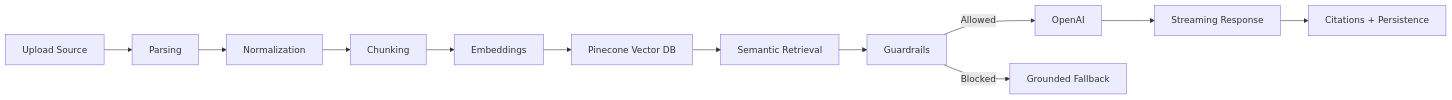
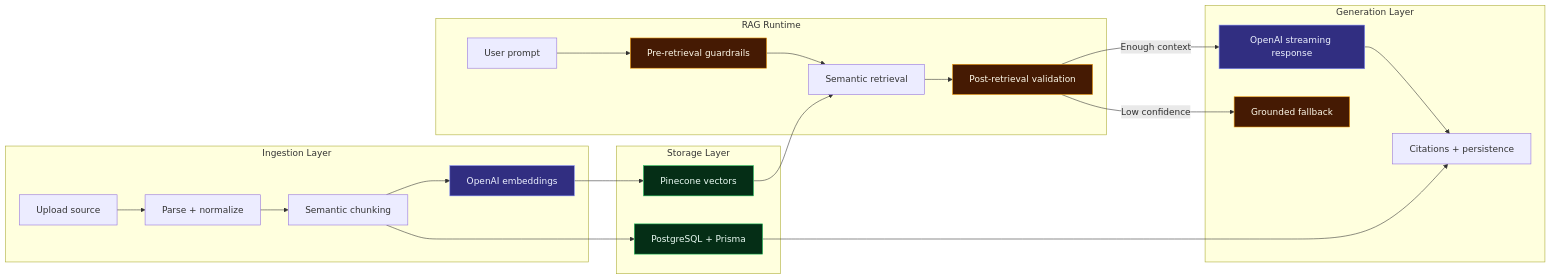
One commit to ArchishaSahai/lumina changed the second of 2 diagrams in README.md. Above: the diagram before and after it, drawn with Mermaid. The commit also changed other lines of this file and 4 other files, not shown here.

Commit message:
fix: resolve roadmap assistant retrieval and PDF citations

````diff
--- a/README.md
+++ b/README.md
@@ -104,14 +126,34 @@
 ```mermaid
 flowchart LR
-  A[Upload Source] --> B[Parsing]
-  B --> C[Normalization]
-  C --> D[Chunking]
-  D --> E[Embeddings]
-  E --> F[Pinecone Vector DB]
-  F --> G[Semantic Retrieval]
-  G --> H[Guardrails]
-  H -->|Allowed| I[OpenAI]
-  H -->|Blocked| J[Grounded Fallback]
-  I --> K[Streaming Response]
-  K --> L[Citations + Persistence]
+  subgraph Ingestion["Ingestion Layer"]
+    A["Upload source"] --> B["Parse + normalize"]
+    B --> C["Semantic chunking"]
+    C --> D["OpenAI embeddings"]
+  end
+
+  subgraph Storage["Storage Layer"]
+    D --> E["Pinecone vectors"]
+    C --> F["PostgreSQL + Prisma"]
+  end
+
+  subgraph Retrieval["RAG Runtime"]
+    Q["User prompt"] --> G["Pre-retrieval guardrails"]
+    G --> H["Semantic retrieval"]
+    E --> H
+    H --> I["Post-retrieval validation"]
+  end
+
+  subgraph Generation["Generation Layer"]
+    I -->|Enough context| J["OpenAI streaming response"]
+    I -->|Low confidence| K["Grounded fallback"]
+    J --> L["Citations + persistence"]
+    F --> L
+  end
+
+  classDef data fill:#052e16,stroke:#22c55e,color:#ecfdf5;
+  classDef guard fill:#451a03,stroke:#f59e0b,color:#fffbeb;
+  classDef model fill:#312e81,stroke:#818cf8,color:#eef2ff;
+  class E,F data;
+  class G,I,K guard;
+  class D,J model;
 ```
````
